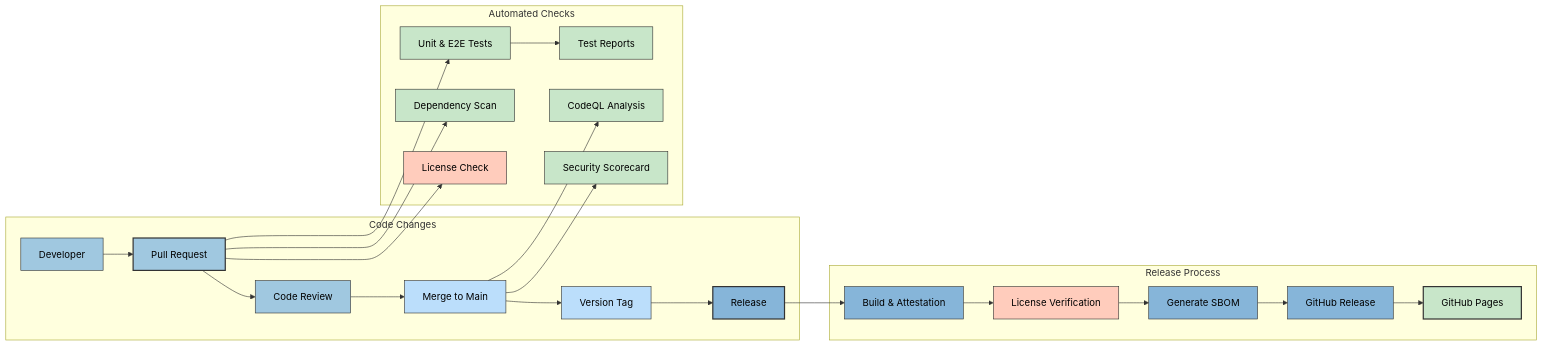
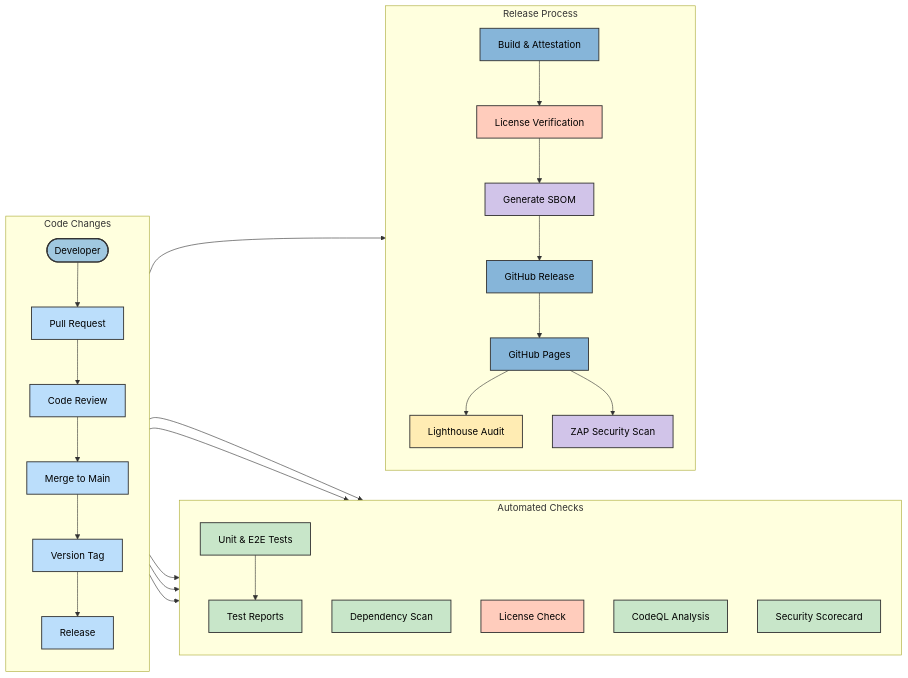
The sixth of 6 diagrams in docs/architecture/WORKFLOWS.md (Hack23/cia-compliance-manager), drawn with Mermaid before and after one commit. The commit also changed other lines of this file, not shown here.

````diff
--- a/docs/architecture/WORKFLOWS.md
+++ b/docs/architecture/WORKFLOWS.md
@@ -259,46 +320,49 @@
 ```mermaid
 flowchart LR
     subgraph "Code Changes"
-        Developer --> PR[Pull Request]
+        direction TB
+        Developer([Developer]) --> PR[Pull Request]
         PR --> Review[Code Review]
         Review --> Merge[Merge to Main]
         Merge --> Tag[Version Tag]
         Tag --> Release[Release]
     end
 
     subgraph "Automated Checks"
+        direction TB
         PR --> UnitE2E[Unit & E2E Tests]
         PR --> DependencyScan[Dependency Scan]
         PR --> LicenseCheck[License Check]
         UnitE2E --> Reports[Test Reports]
         Merge --> CodeQLScan[CodeQL Analysis]
         Merge --> ScoreCard[Security Scorecard]
     end
 
     subgraph "Release Process"
+        direction TB
         Release --> Build[Build & Attestation]
         Build --> LicenseVerify[License Verification]
         LicenseVerify --> SBOM[Generate SBOM]
         SBOM --> DeployGH[GitHub Release]
         DeployGH --> DeployPages[GitHub Pages]
+        DeployPages --> Lighthouse[Lighthouse Audit]
+        DeployPages --> ZAPScan[ZAP Security Scan]
     end
 
-    %% Cool color styling
-    classDef devNode fill:#a0c8e0,stroke:#333,stroke-width:1px,color:black
-    classDef codeNode fill:#bbdefb,stroke:#333,stroke-width:1px,color:black
-    classDef testNode fill:#c8e6c9,stroke:#333,stroke-width:1px,color:black
-    classDef deployNode fill:#86b5d9,stroke:#333,stroke-width:1px,color:black
-    classDef reportNode fill:#d1c4e9,stroke:#333,stroke-width:1px,color:black
-    classDef checkNode fill:#ffccbc,stroke:#333,stroke-width:1px,color:black
+    %% Enhanced styling with better visual hierarchy and flow indicators
+    classDef devNode fill:#a0c8e0,stroke:#333,stroke-width:2px,color:black
+    classDef codeNode fill:#bbdefb,stroke:#333,stroke-width:1.5px,color:black
+    classDef testNode fill:#c8e6c9,stroke:#333,stroke-width:1.5px,color:black
+    classDef deployNode fill:#86b5d9,stroke:#333,stroke-width:1.5px,color:black
+    classDef reportNode fill:#d1c4e9,stroke:#333,stroke-width:1.5px,color:black
+    classDef checkNode fill:#ffccbc,stroke:#333,stroke-width:1.5px,color:black
+    classDef auditNode fill:#ffecb3,stroke:#333,stroke-width:1.5px,color:black
 
-    class Developer,PR,Review devNode
-    class Merge,Tag,Release codeNode
+    class Developer devNode
+    class PR,Review,Merge,Tag,Release codeNode
     class UnitE2E,DependencyScan,Reports,CodeQLScan,ScoreCard testNode
-    class Build,DeployGH,DeployPages,SBOM deployNode
+    class Build,DeployGH,DeployPages deployNode
     class LicenseCheck,LicenseVerify checkNode
-
-    %% Remove previous styling that doesn't match color theme
-    style PR fill:#a0c8e0,stroke:#333,stroke-width:2px
-    style Release fill:#86b5d9,stroke:#333,stroke-width:2px
-    style DeployPages fill:#c8e6c9,stroke:#333,stroke-width:2px
+    class SBOM,ZAPScan reportNode
+    class Lighthouse auditNode
 ```
````
